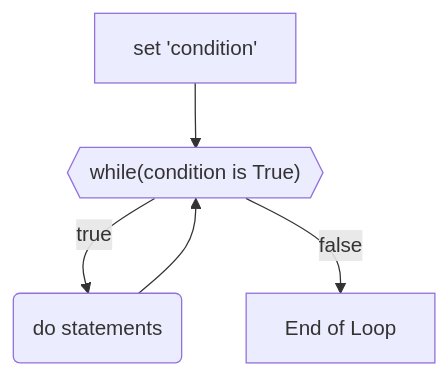
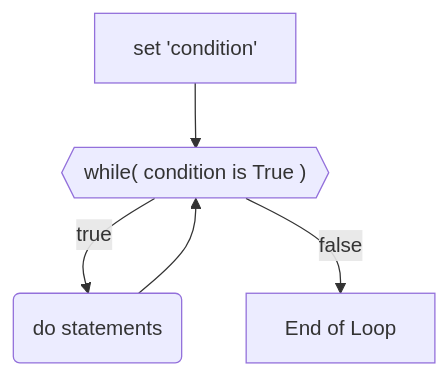
Before and after one commit to amydevs/php-assignments: the first of 2 diagrams in 4pretest/README.md, drawn with Mermaid. The commit also changed other lines of this file and 1 other file, not shown here.

Commit message:
perenthesis

````diff
--- a/4pretest/README.md
+++ b/4pretest/README.md
@@ -16,10 +16,10 @@
 ```mermaid
 graph TD
 	set["set 'condition'"]
-	while{{"while(condition is True)"}}
+	while{{" while( condition is True ) "}}
 	do("do statements")
 	endofloop["End of Loop"]
 	set --> while -- true --> do
 	do --> while
 	while -- false --> endofloop["End of Loop"]
 ```
````
